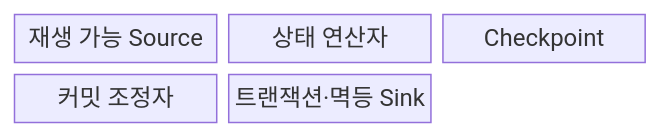
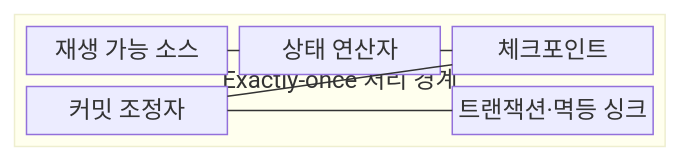
Before and after one commit to agnusdei1207/knowledge-base: the first of 2 diagrams in src/content/docs/notes/03-software/121_exactly_once_semantics.md, drawn with Mermaid. The commit also changed other lines of this file and 20 other files, not shown here.

````diff
--- a/src/content/docs/notes/03-software/121_exactly_once_semantics.md
+++ b/src/content/docs/notes/03-software/121_exactly_once_semantics.md
@@ -53,9 +55,17 @@
 ```mermaid
-block-beta
-  columns 3
-  S["재생 가능 Source"]
-  O["상태 연산자"]
-  C["Checkpoint"]
-  T["커밋 조정자"]
-  K["트랜잭션·멱등 Sink"]
+block
+    columns 1
+    block:EOS["Exactly-once 처리 경계"]
+        columns 3
+        S["재생 가능 소스"]
+        O["상태 연산자"]
+        C["체크포인트"]
+        T["커밋 조정자"]
+        space
+        K["트랜잭션·멱등 싱크"]
+    end
+    S --- O
+    O --- C
+    C --- T
+    T --- K
 ```
````
